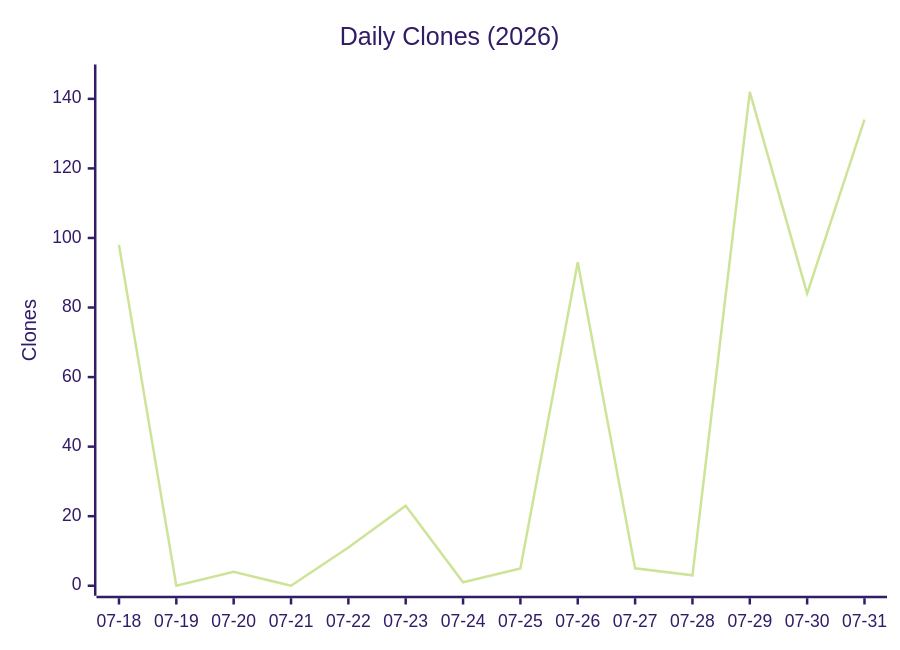
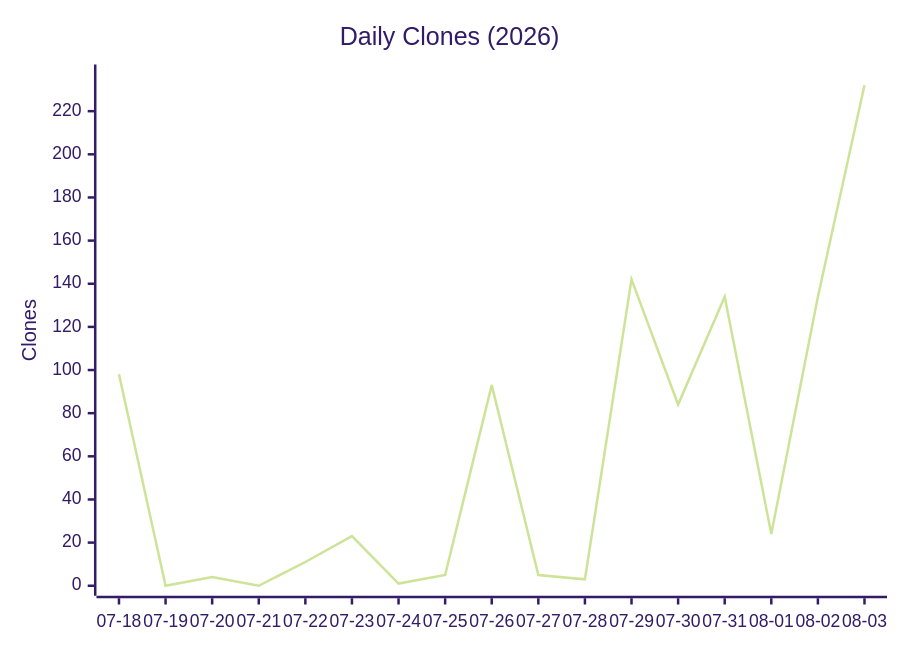
One commit to Architect-HA/Humai-Accord changed the first of 4 diagrams in data/TRAFFIC_REPORT.md. Above: the diagram before and after it, drawn with Mermaid (forest theme). The commit also changed other lines of this file and 1 other file, not shown here.

````diff
--- a/data/TRAFFIC_REPORT.md
+++ b/data/TRAFFIC_REPORT.md
@@ -12,7 +12,7 @@
 ```mermaid
 xychart-beta
     title "Daily Clones (2026)"
-    x-axis ["07-18", "07-19", "07-20", "07-21", "07-22", "07-23", "07-24", "07-25", "07-26", "07-27", "07-28", "07-29", "07-30", "07-31"]
-    y-axis "Clones" 0 --> 147
-    line [98, 0, 4, 0, 11, 23, 1, 5, 93, 5, 3, 142, 84, 134]
+    x-axis ["07-18", "07-19", "07-20", "07-21", "07-22", "07-23", "07-24", "07-25", "07-26", "07-27", "07-28", "07-29", "07-30", "07-31", "08-01", "08-02", "08-03"]
+    y-axis "Clones" 0 --> 237
+    line [98, 0, 4, 0, 11, 23, 1, 5, 93, 5, 3, 142, 84, 134, 24, 134, 232]
 ```
````
